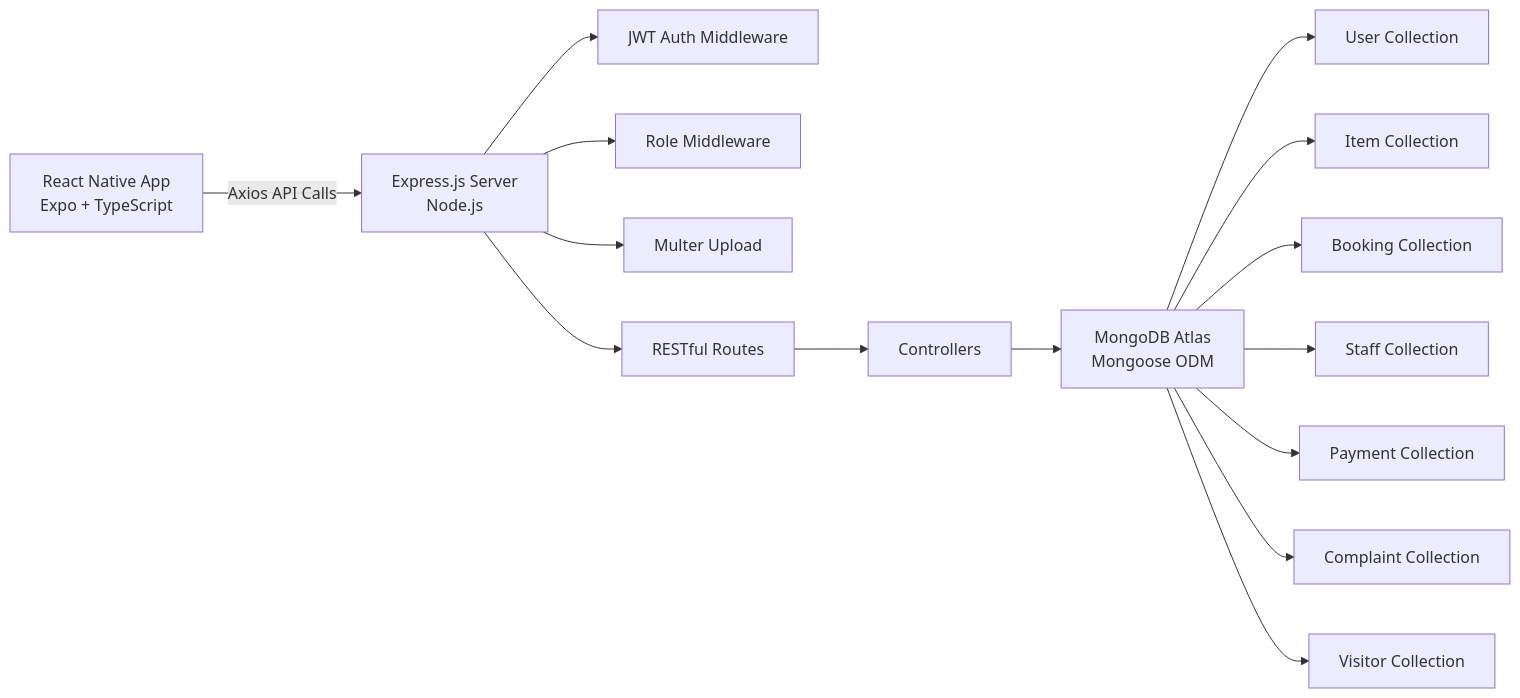
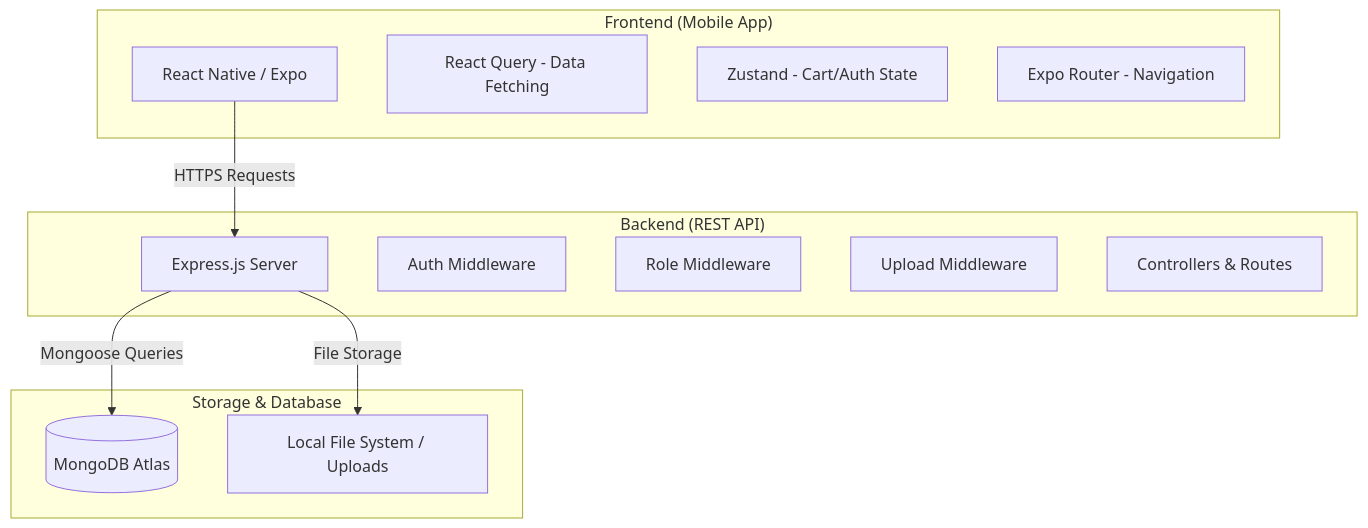
Before and after one commit to HirulaAbesignha/Favo-Mobile: the first of 2 diagrams in DOCUMENTATION.md, drawn with Mermaid. The commit also changed other lines of this file, not shown here.

Commit message:
docs: refactor and update system architecture and database schema documentation

````diff
--- a/DOCUMENTATION.md
+++ b/DOCUMENTATION.md
@@ -19,17 +37,26 @@
 ```mermaid
-graph LR
-    A[React Native App<br/>Expo + TypeScript] -->|Axios API Calls| B[Express.js Server<br/>Node.js]
-    B --> C[JWT Auth Middleware]
-    B --> D[Role Middleware]
-    B --> E[Multer Upload]
-    B --> F[RESTful Routes]
-    F --> G[Controllers]
-    G --> H[MongoDB Atlas<br/>Mongoose ODM]
-    H --> I[User Collection]
-    H --> J[Item Collection]
-    H --> K[Booking Collection]
-    H --> L[Staff Collection]
-    H --> M[Payment Collection]
-    H --> N[Complaint Collection]
-    H --> O[Visitor Collection]
+graph TD
+    subgraph "Frontend (Mobile App)"
+        A[React Native / Expo]
+        A1[React Query - Data Fetching]
+        A2[Zustand - Cart/Auth State]
+        A3[Expo Router - Navigation]
+    end
+
+    subgraph "Backend (REST API)"
+        B[Express.js Server]
+        B1[Auth Middleware]
+        B2[Role Middleware]
+        B3[Upload Middleware]
+        B4[Controllers & Routes]
+    end
+
+    subgraph "Storage & Database"
+        C[(MongoDB Atlas)]
+        D[Local File System / Uploads]
+    end
+
+    A -->|HTTPS Requests| B
+    B -->|Mongoose Queries| C
+    B -->|File Storage| D
 ```
````
